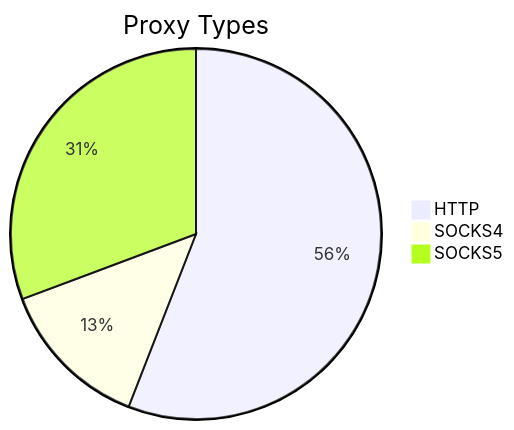
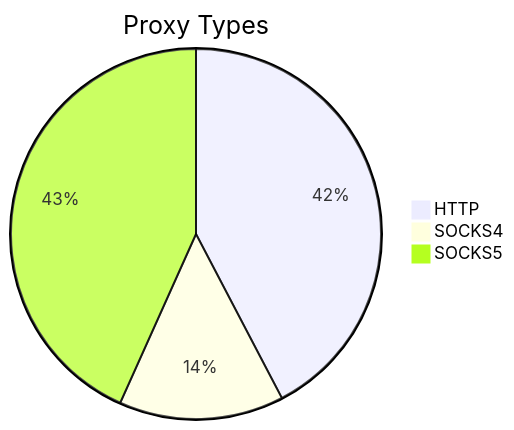
One commit to stormsia/proxy-list changed the first of 2 diagrams in README.md. Above: the diagram before and after it, drawn with Mermaid. The commit also changed other lines of this file, not shown here.

````diff
--- a/README.md
+++ b/README.md
@@ -21,6 +21,6 @@
 ```mermaid
 pie title Proxy Types
-    "HTTP" : 326
-    "SOCKS4" : 78
-    "SOCKS5" : 179
+    "HTTP" : 353
+    "SOCKS4" : 120
+    "SOCKS5" : 361
 ```
````
